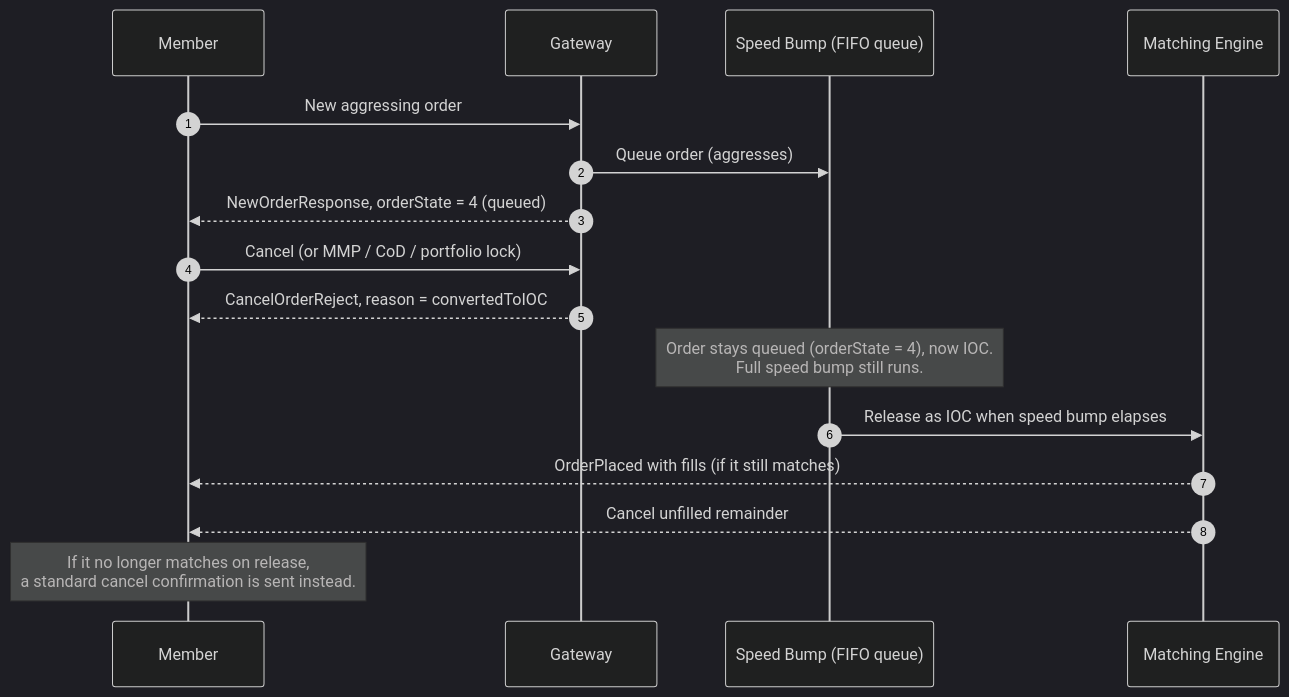
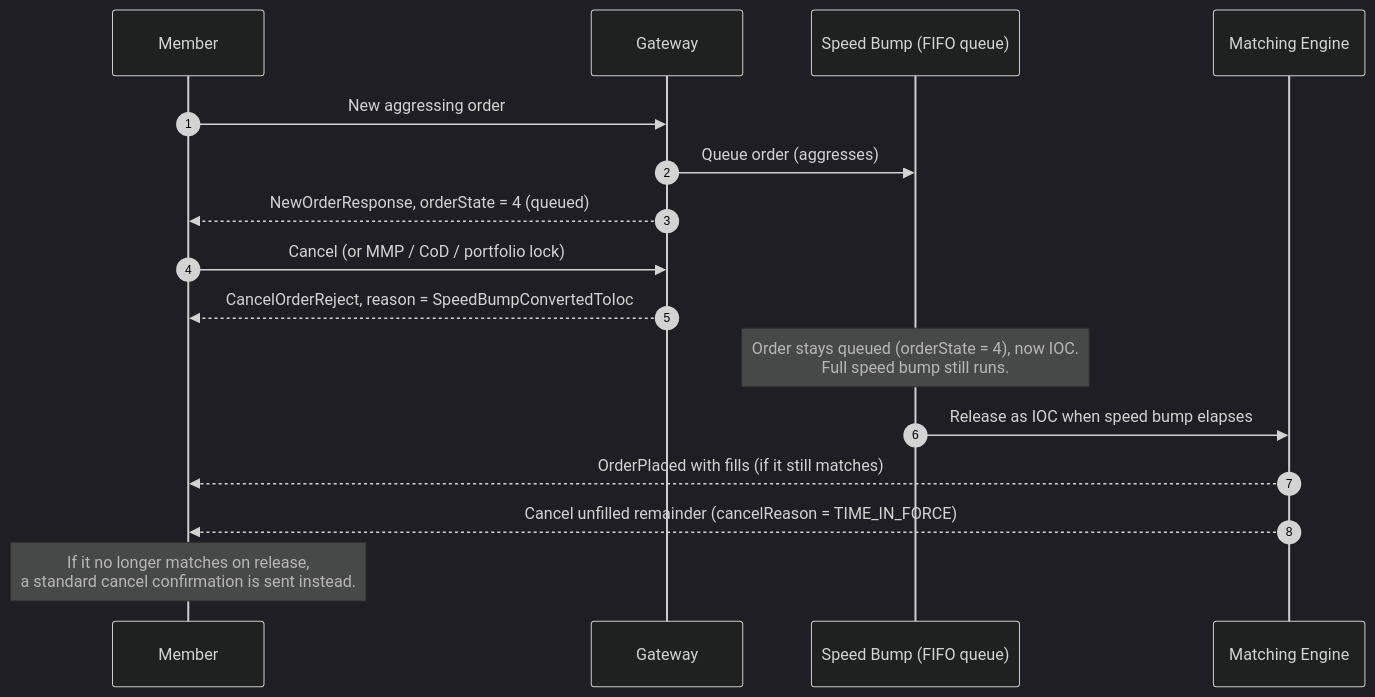
The second of 3 diagrams in deribit/starbase/speed-bumps.md (dzmbs/options-docs), drawn with Mermaid (dark theme) before and after one commit. The commit also changed other lines of this file and 262 other files, not shown here.

````diff
--- a/deribit/starbase/speed-bumps.md
+++ b/deribit/starbase/speed-bumps.md
@@ -74,18 +85,18 @@
 ```mermaid theme={null}
 sequenceDiagram
     autonumber
     participant M as Member
     participant GW as Gateway
     participant SB as Speed Bump (FIFO queue)
     participant OB as Matching Engine
     M->>GW: New aggressing order
     GW->>SB: Queue order (aggresses)
     GW-->>M: NewOrderResponse, orderState = 4 (queued)
     M->>GW: Cancel (or MMP / CoD / portfolio lock)
-    GW-->>M: CancelOrderReject, reason = convertedToIOC
+    GW-->>M: CancelOrderReject, reason = SpeedBumpConvertedToIoc
     Note over SB: Order stays queued (orderState = 4), now IOC.<br/>Full speed bump still runs.
     SB->>OB: Release as IOC when speed bump elapses
     OB-->>M: OrderPlaced with fills (if it still matches)
-    OB-->>M: Cancel unfilled remainder
+    OB-->>M: Cancel unfilled remainder (cancelReason = TIME_IN_FORCE)
     Note over M: If it no longer matches on release,<br/>a standard cancel confirmation is sent instead.
 ```
````
